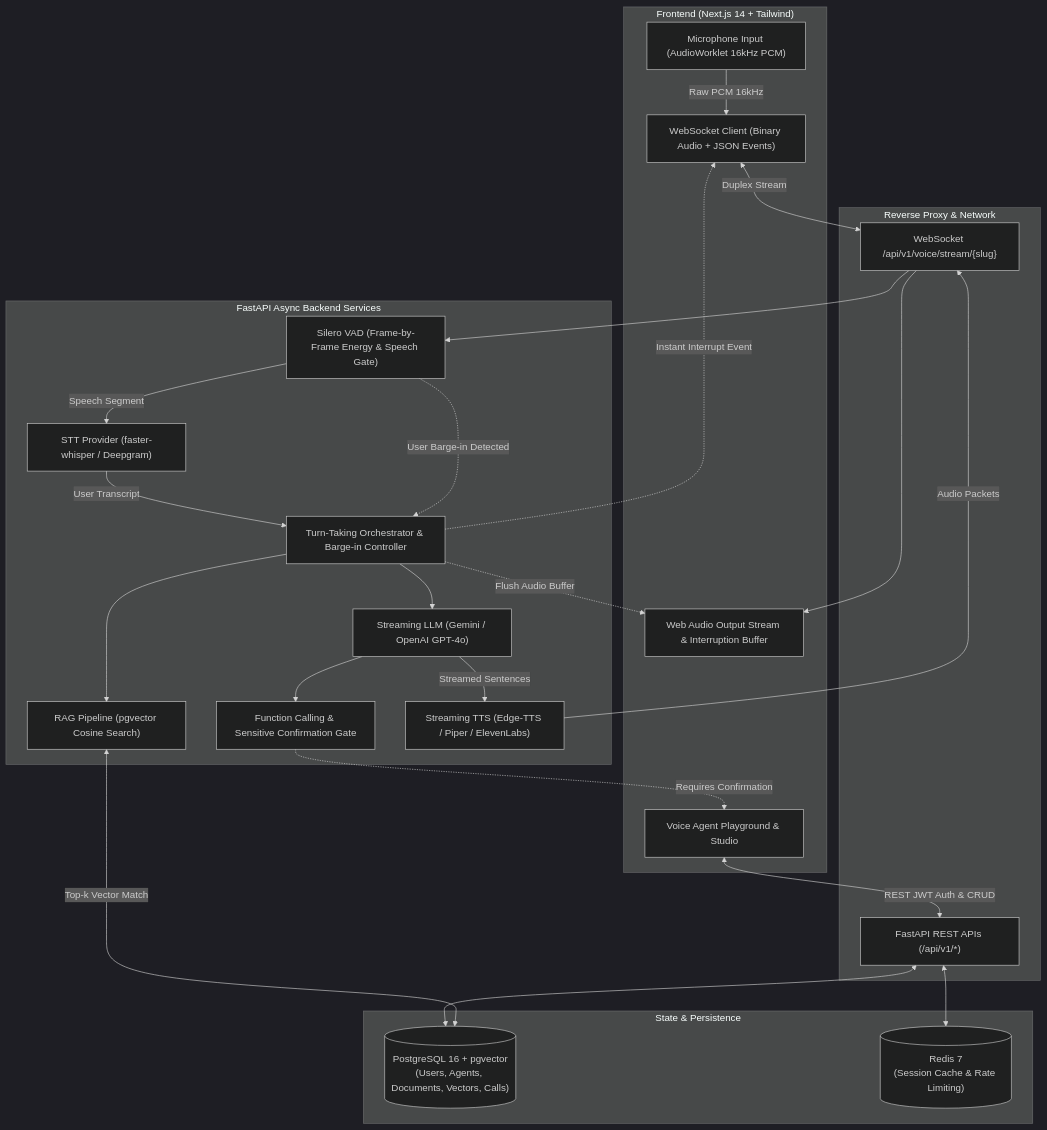
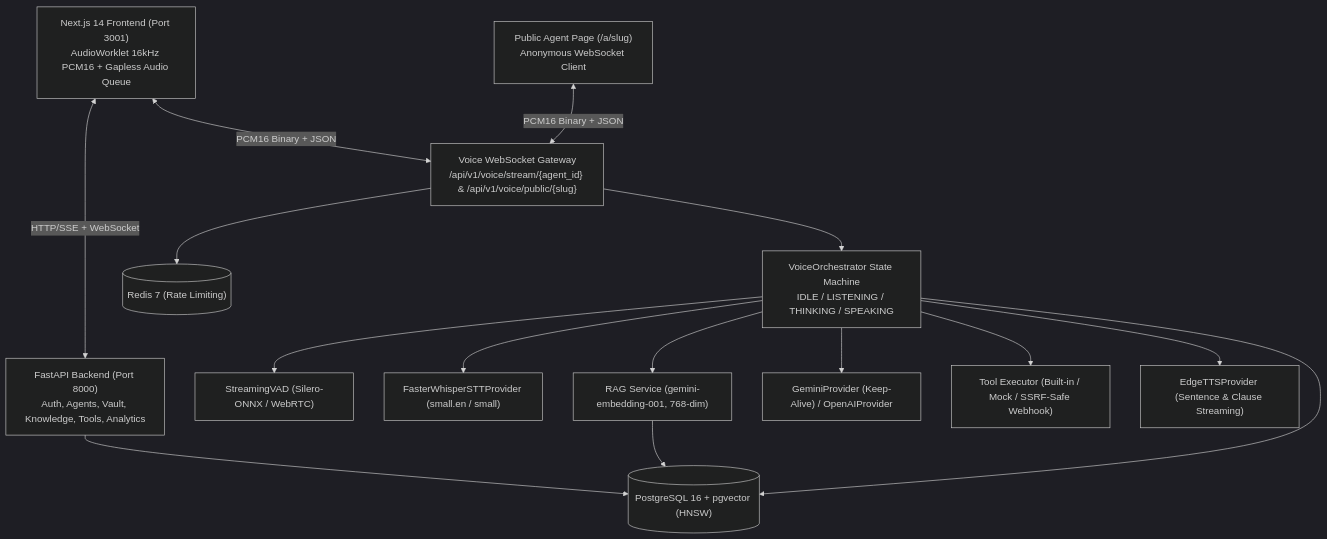
The first of 3 diagrams in README.md (arish-27/ArishS-Q2), drawn with Mermaid (dark theme) before and after one commit. The commit also changed other lines of this file and 2 other files, not shown here.

````diff
--- a/README.md
+++ b/README.md
@@ -9,50 +27,31 @@
 ```mermaid
 flowchart TD
-    subgraph Browser ["Frontend (Next.js 14 + Tailwind)"]
-        UI["Voice Agent Playground & Studio"]
-        Mic["Microphone Input (AudioWorklet 16kHz PCM)"]
-        Player["Web Audio Output Stream & Interruption Buffer"]
-        WS_Client["WebSocket Client (Binary Audio + JSON Events)"]
-    end
+    Browser["Next.js 14 Frontend (Port 3001)<br/>AudioWorklet 16kHz PCM16 + Gapless Audio Queue"]
+    Public["Public Agent Page (/a/slug)<br/>Anonymous WebSocket Client"]
+    API["FastAPI Backend (Port 8000)<br/>Auth, Agents, Vault, Knowledge, Tools, Analytics"]
+    WS["Voice WebSocket Gateway<br/>/api/v1/voice/stream/{agent_id} & /api/v1/voice/public/{slug}"]
+    Orch["VoiceOrchestrator State Machine<br/>IDLE / LISTENING / THINKING / SPEAKING"]
+    VAD["StreamingVAD (Silero-ONNX / WebRTC)"]
+    STT["FasterWhisperSTTProvider (small.en / small)"]
+    RAG["RAG Service (gemini-embedding-001, 768-dim)"]
+    LLM["GeminiProvider (Keep-Alive) / OpenAIProvider"]
+    Tools["Tool Executor (Built-in / Mock / SSRF-Safe Webhook)"]
+    TTS["EdgeTTSProvider (Sentence & Clause Streaming)"]
+    PG[("PostgreSQL 16 + pgvector (HNSW)")]
+    Redis[("Redis 7 (Rate Limiting)")]
 
-    subgraph Gateway ["Reverse Proxy & Network"]
-        WS_Endpoint["WebSocket /api/v1/voice/stream/{slug}"]
-        REST_Endpoint["FastAPI REST APIs (/api/v1/*)"]
-    end
-
-    subgraph Backend ["FastAPI Async Backend Services"]
-        VAD["Silero VAD (Frame-by-Frame Energy & Speech Gate)"]
-        TurnMgr["Turn-Taking Orchestrator & Barge-in Controller"]
-        STT["STT Provider (faster-whisper / Deepgram)"]
-        RAG["RAG Pipeline (pgvector Cosine Search)"]
-        LLM["Streaming LLM (Gemini / OpenAI GPT-4o)"]
-        Tools["Function Calling & Sensitive Confirmation Gate"]
-        TTS["Streaming TTS (Edge-TTS / Piper / ElevenLabs)"]
-    end
-
-    subgraph Storage ["State & Persistence"]
-        PG[("PostgreSQL 16 + pgvector<br/>(Users, Agents, Documents, Vectors, Calls)")]
-        Redis[("Redis 7<br/>(Session Cache & Rate Limiting)")]
-    end
-
-    Mic -->|Raw PCM 16kHz| WS_Client
-    WS_Client <-->|Duplex Stream| WS_Endpoint
-    WS_Endpoint --> VAD
-    VAD -->|Speech Segment| STT
-    VAD -.->|User Barge-in Detected| TurnMgr
-    TurnMgr -.->|Instant Interrupt Event| WS_Client
-    TurnMgr -.->|Flush Audio Buffer| Player
-    STT -->|User Transcript| TurnMgr
-    TurnMgr --> RAG
-    RAG <-->|Top-k Vector Match| PG
-    TurnMgr --> LLM
-    LLM --> Tools
-    Tools -.->|Requires Confirmation| UI
-    LLM -->|Streamed Sentences| TTS
-    TTS -->|Audio Packets| WS_Endpoint
-    WS_Endpoint --> Player
-
-    UI <-->|REST JWT Auth & CRUD| REST_Endpoint
-    REST_Endpoint <--> PG
-    REST_Endpoint <--> Redis
+    Browser <-->|"HTTP/SSE + WebSocket"| API
+    Browser <-->|"PCM16 Binary + JSON"| WS
+    Public <-->|"PCM16 Binary + JSON"| WS
+    WS --> Orch
+    Orch --> VAD
+    Orch --> STT
+    Orch --> RAG
+    Orch --> LLM
+    Orch --> Tools
+    Orch --> TTS
+    API --> PG
+    RAG --> PG
+    Orch --> PG
+    WS --> Redis
 ```
````
